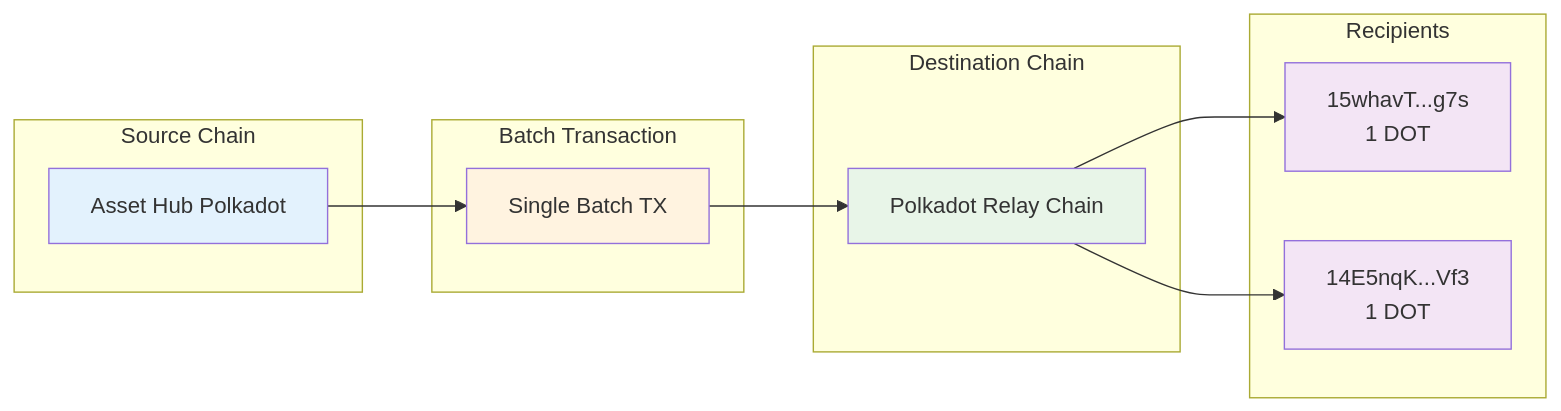
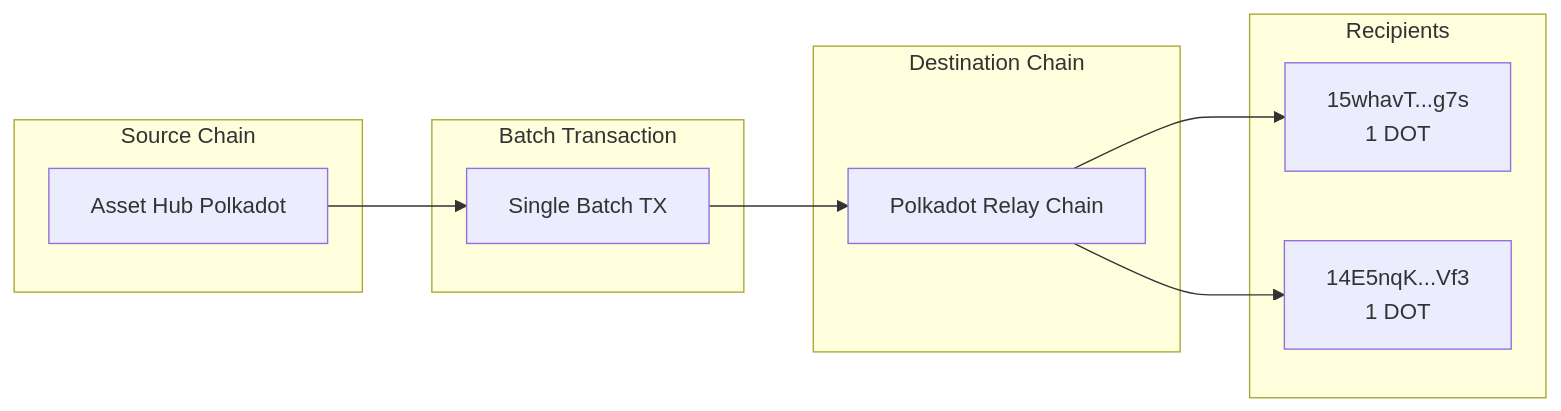
The diagram in tutorials/polkadot-sdk/system-chains/asset-hub/batch-teleport-assets.md (polkadot-developers/polkadot-docs), drawn with Mermaid before and after one commit. The commit also changed other lines of this file and 13 other files, not shown here.

````diff
--- a/tutorials/polkadot-sdk/system-chains/asset-hub/batch-teleport-assets.md
+++ b/tutorials/polkadot-sdk/system-chains/asset-hub/batch-teleport-assets.md
@@ -36,30 +36,24 @@
 ```mermaid
 graph LR
     subgraph "Source Chain"
         AH[Asset Hub Polkadot]
     end
     
     subgraph "Batch Transaction"
         BT[Single Batch TX]
     end
     
     subgraph "Destination Chain"
         PC[Polkadot Relay Chain]
     end
     
     subgraph "Recipients"
         R1[15whavT...g7s<br/>1 DOT]
         R2[14E5nqK...Vf3<br/>1 DOT]
     end
     
     AH --> BT
     BT --> PC
     PC --> R1
     PC --> R2
-    
-    style AH fill:#e3f2fd
-    style BT fill:#fff3e0
-    style PC fill:#e8f5e8
-    style R1 fill:#f3e5f5
-    style R2 fill:#f3e5f5
 ```
````
